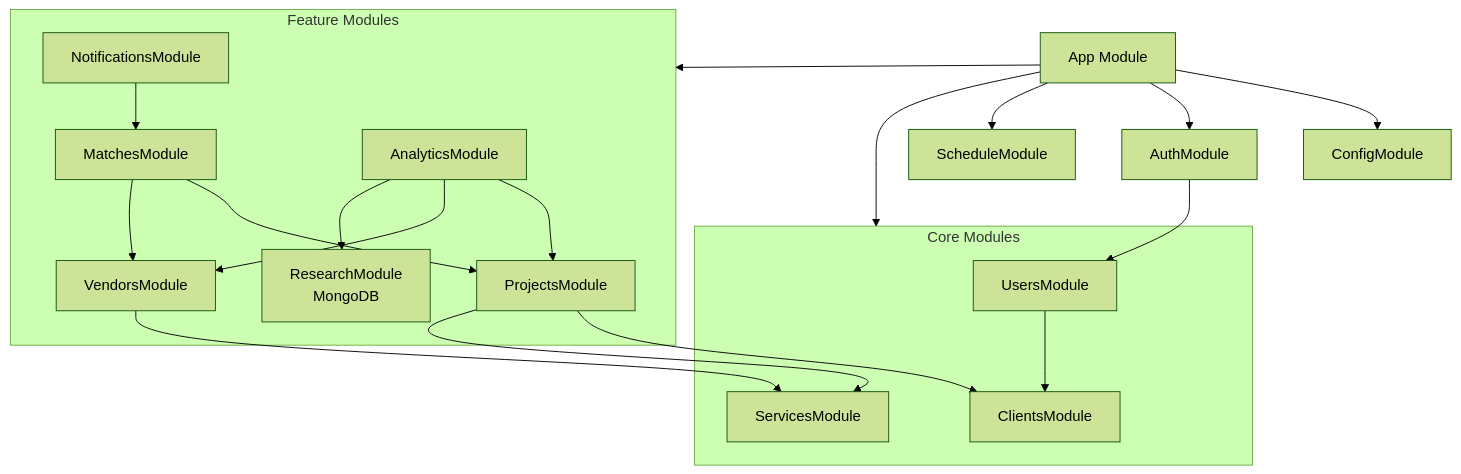
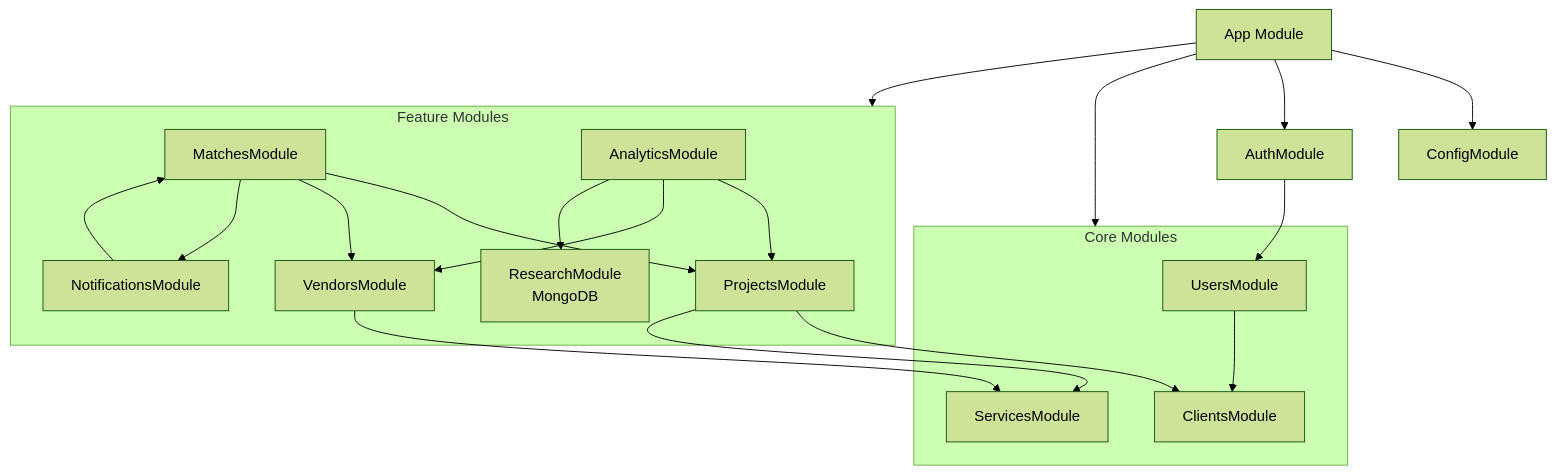
Before and after one commit to Bardala/vendor-matching-platform: the fourth of 4 diagrams in docs/SystemDesign.md, drawn with Mermaid (forest theme). The commit also changed other lines of this file and 1 other file, not shown here.

````diff
--- a/docs/SystemDesign.md
+++ b/docs/SystemDesign.md
@@ -246,46 +543,44 @@
 ```mermaid
 flowchart TD
     App[App Module]
     Auth[AuthModule]
     Config[ConfigModule]
-    Schedule[ScheduleModule]
 
     subgraph CoreModules [Core Modules]
         Users[UsersModule]
         Clients[ClientsModule]
         Services[ServicesModule]
     end
 
     subgraph FeatureModules [Feature Modules]
         Projects[ProjectsModule]
         Vendors[VendorsModule]
         Matches[MatchesModule]
         Research[ResearchModule<br>MongoDB]
         Analytics[AnalyticsModule]
         Notifications[NotificationsModule]
     end
 
     App --> Config
     App --> Auth
-    App --> Schedule
     App --> CoreModules
     App --> FeatureModules
 
     %% Auth depends on Users
     Auth --> Users
 
     %% Users may reference Clients (via client_id for admins)
     Users --> Clients
 
     %% Feature dependencies
     Projects --> Clients
     Projects --> Services
     Vendors --> Services
     Matches --> Projects
     Matches --> Vendors
+    Matches --> Notifications
     Analytics --> Projects
     Analytics --> Vendors
     Analytics --> Research
     Notifications --> Matches
-
 ```
````
